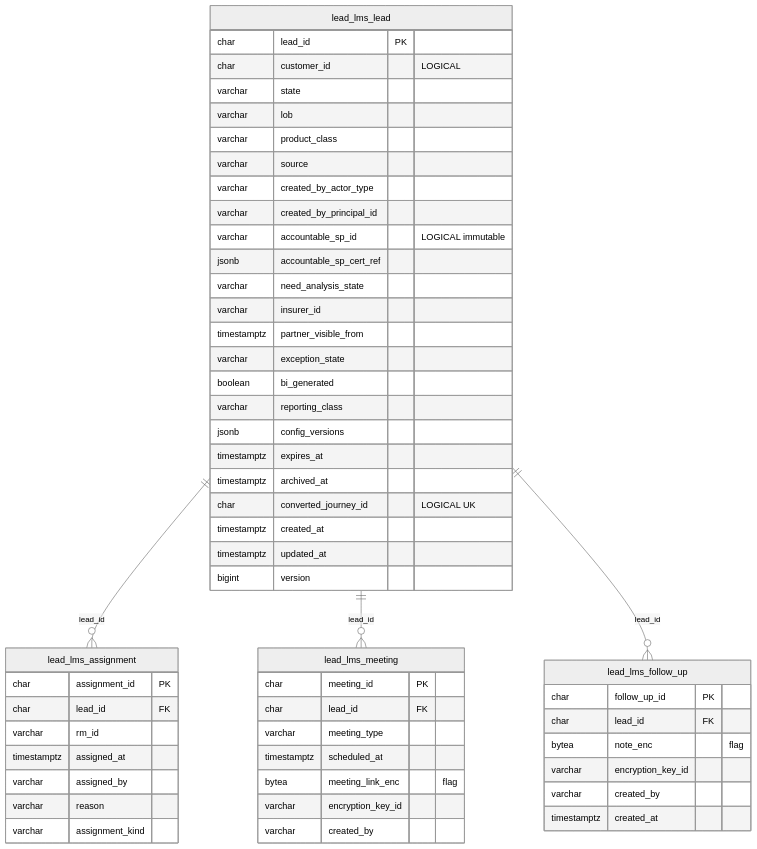
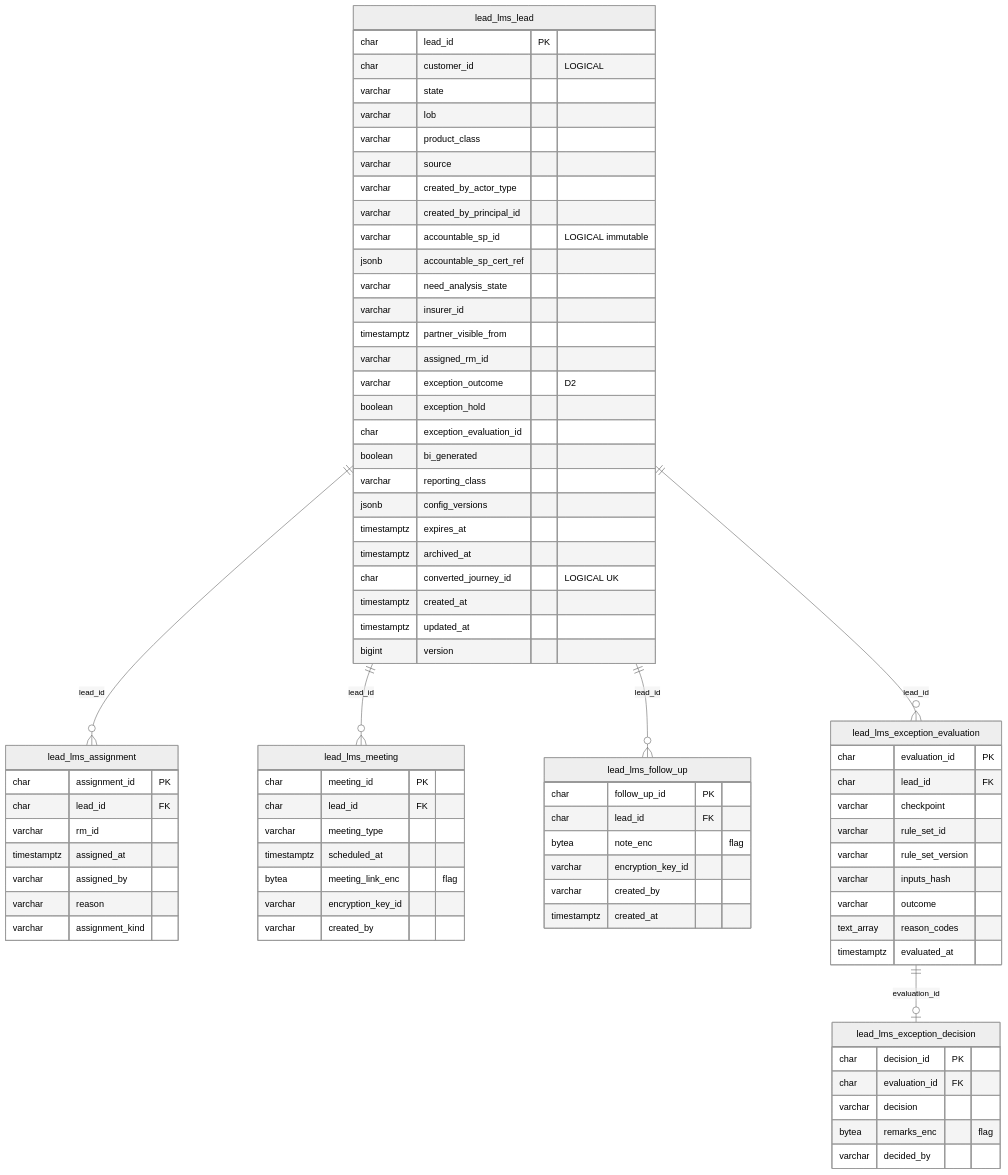
The fifth of 14 diagrams in docs/platform/data-architecture/05-e2e-er-and-field-map.md (Mahesh38/bank-insurance-platform), drawn with Mermaid (neutral theme) before and after one commit. The commit also changed other lines of this file and 348 other files, not shown here.

````diff
--- a/docs/platform/data-architecture/05-e2e-er-and-field-map.md
+++ b/docs/platform/data-architecture/05-e2e-er-and-field-map.md
@@ -496,57 +522,80 @@
 ```mermaid
 erDiagram
     lead_lms_lead {
         char lead_id PK
         char customer_id "LOGICAL"
         varchar state
         varchar lob
         varchar product_class
         varchar source
         varchar created_by_actor_type
         varchar created_by_principal_id
         varchar accountable_sp_id "LOGICAL immutable"
         jsonb accountable_sp_cert_ref
         varchar need_analysis_state
         varchar insurer_id
         timestamptz partner_visible_from
-        varchar exception_state
+        varchar assigned_rm_id
+        varchar exception_outcome "D2"
+        boolean exception_hold
+        char exception_evaluation_id
         boolean bi_generated
         varchar reporting_class
         jsonb config_versions
         timestamptz expires_at
         timestamptz archived_at
         char converted_journey_id "LOGICAL UK"
         timestamptz created_at
         timestamptz updated_at
         bigint version
     }
     lead_lms_assignment {
         char assignment_id PK
         char lead_id FK
         varchar rm_id
         timestamptz assigned_at
         varchar assigned_by
         varchar reason
         varchar assignment_kind
     }
     lead_lms_meeting {
         char meeting_id PK
         char lead_id FK
         varchar meeting_type
         timestamptz scheduled_at
         bytea meeting_link_enc "flag"
         varchar encryption_key_id
         varchar created_by
     }
     lead_lms_follow_up {
         char follow_up_id PK
         char lead_id FK
         bytea note_enc "flag"
         varchar encryption_key_id
         varchar created_by
         timestamptz created_at
     }
+    lead_lms_exception_evaluation {
+        char evaluation_id PK
+        char lead_id FK
+        varchar checkpoint
+        varchar rule_set_id
+        varchar rule_set_version
+        varchar inputs_hash
+        varchar outcome
+        text_array reason_codes
+        timestamptz evaluated_at
+    }
+    lead_lms_exception_decision {
+        char decision_id PK
+        char evaluation_id FK
+        varchar decision
+        bytea remarks_enc "flag"
+        varchar decided_by
+    }
+    lead_lms_lead ||--o{ lead_lms_exception_evaluation : "lead_id"
+    lead_lms_exception_evaluation ||--o| lead_lms_exception_decision : "evaluation_id"
     lead_lms_lead ||--o{ lead_lms_assignment : "lead_id"
     lead_lms_lead ||--o{ lead_lms_meeting : "lead_id"
     lead_lms_lead ||--o{ lead_lms_follow_up : "lead_id"
 ```
````
